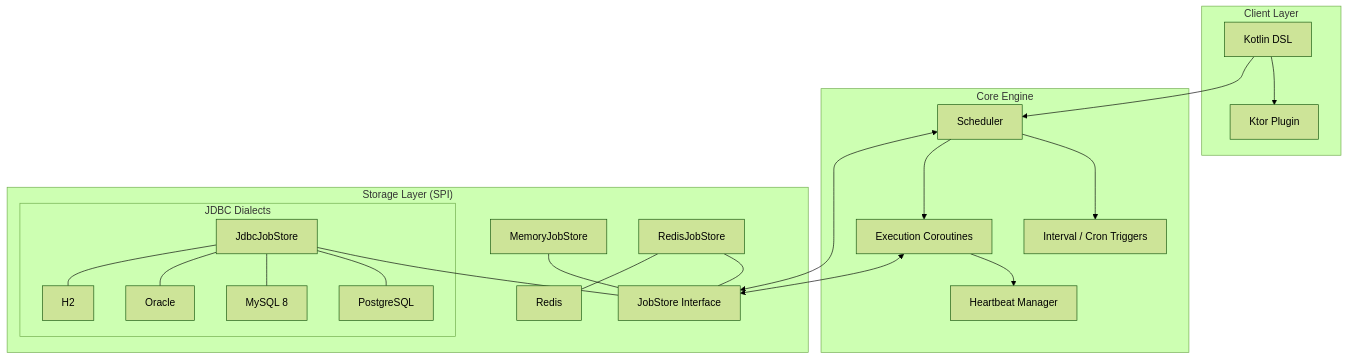
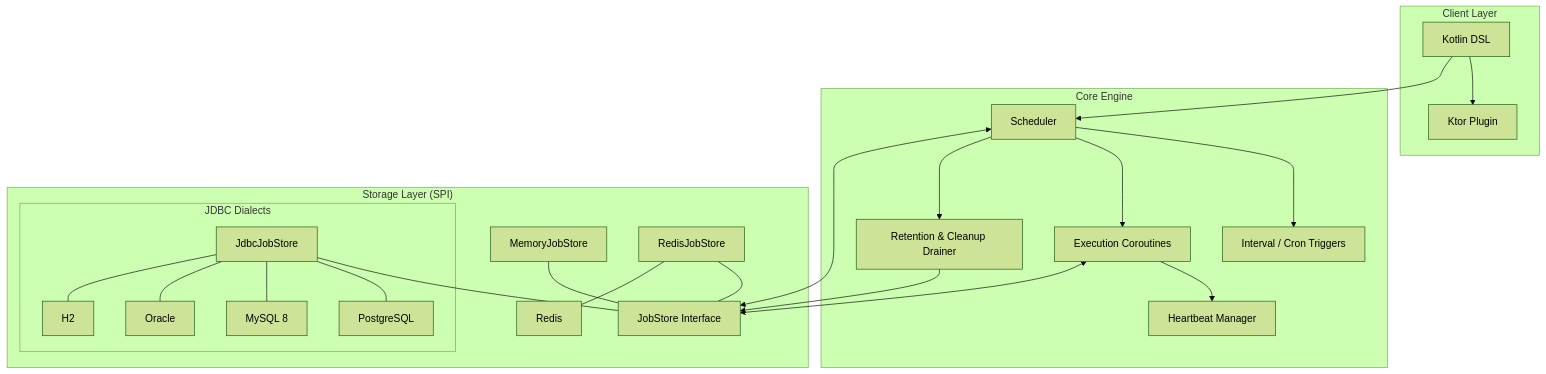
The first of 2 diagrams in .specs/codebase/ARCHITECTURE.md (juniormichieletto/khrona), drawn with Mermaid (forest theme) before and after one commit. The commit also changed other lines of this file and 2 other files, not shown here.

Commit message:
docs: synchronize architecture diagrams and changelog with retention cleanup

````diff
--- a/.specs/codebase/ARCHITECTURE.md
+++ b/.specs/codebase/ARCHITECTURE.md
@@ -5,32 +5,34 @@
 ```mermaid
 graph TD
     subgraph "Client Layer"
         DSL[Kotlin DSL] --> Ktor[Ktor Plugin]
     end
 
     subgraph "Core Engine"
         Sch[Scheduler] --> Triggers[Interval / Cron Triggers]
         Sch --> Workers[Execution Coroutines]
+        Sch --> Retention[Retention & Cleanup Drainer]
         Workers --> Heartbeat[Heartbeat Manager]
     end
 
     subgraph "Storage Layer (SPI)"
         Store[JobStore Interface]
         Memory[MemoryJobStore] --- Store
         JDBC[JdbcJobStore] --- Store
         Redis[RedisJobStore] --- Store
         
         subgraph "JDBC Dialects"
             JDBC --- Postgres[PostgreSQL]
             JDBC --- MySql[MySQL 8]
             JDBC --- Oracle[Oracle]
             JDBC --- H2[H2]
         end
 
         Redis --- RedisDB[Redis]
     end
 
     DSL --> Sch
     Sch <--> Store
+    Retention --> Store
     Workers <--> Store
 ```
````
